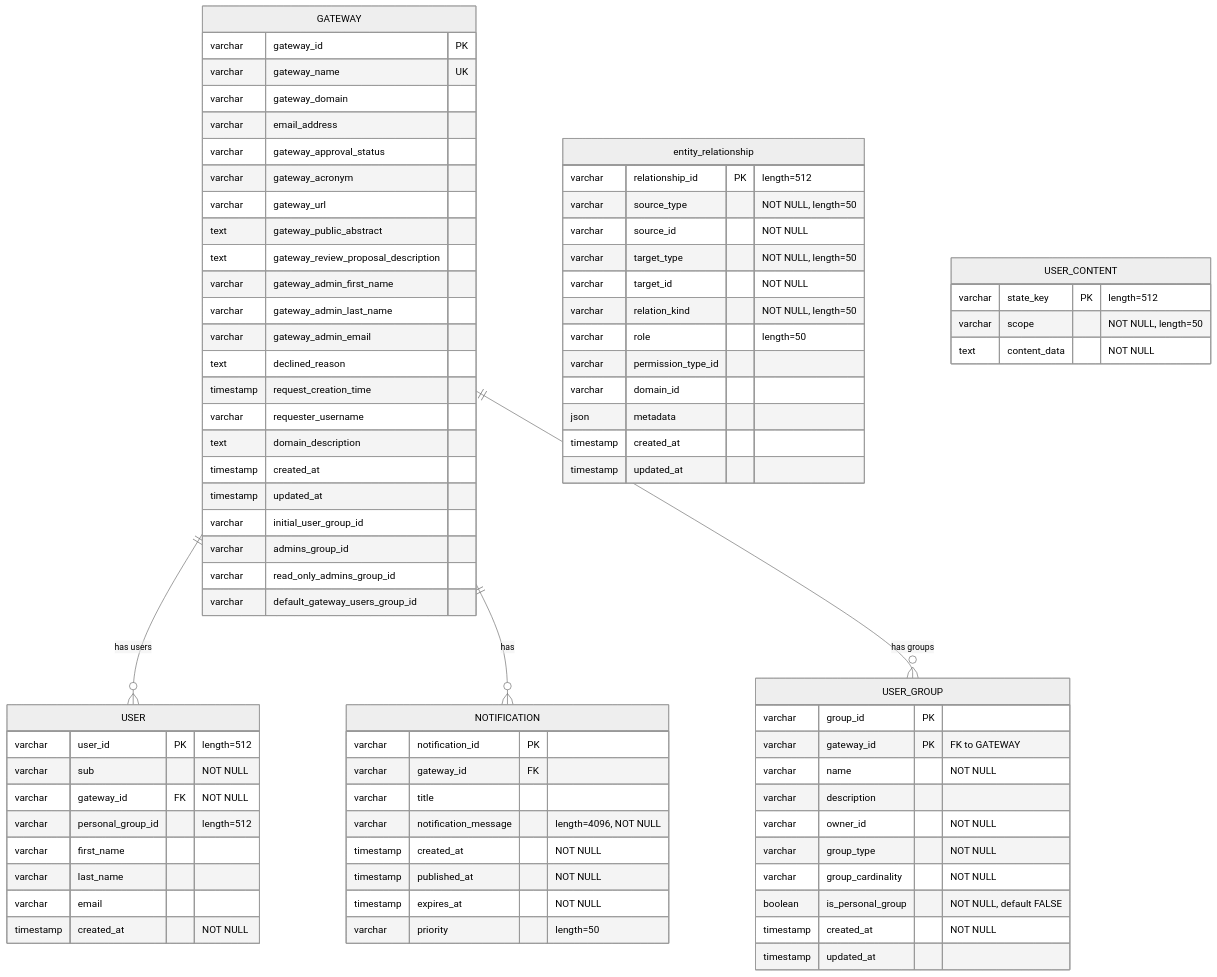
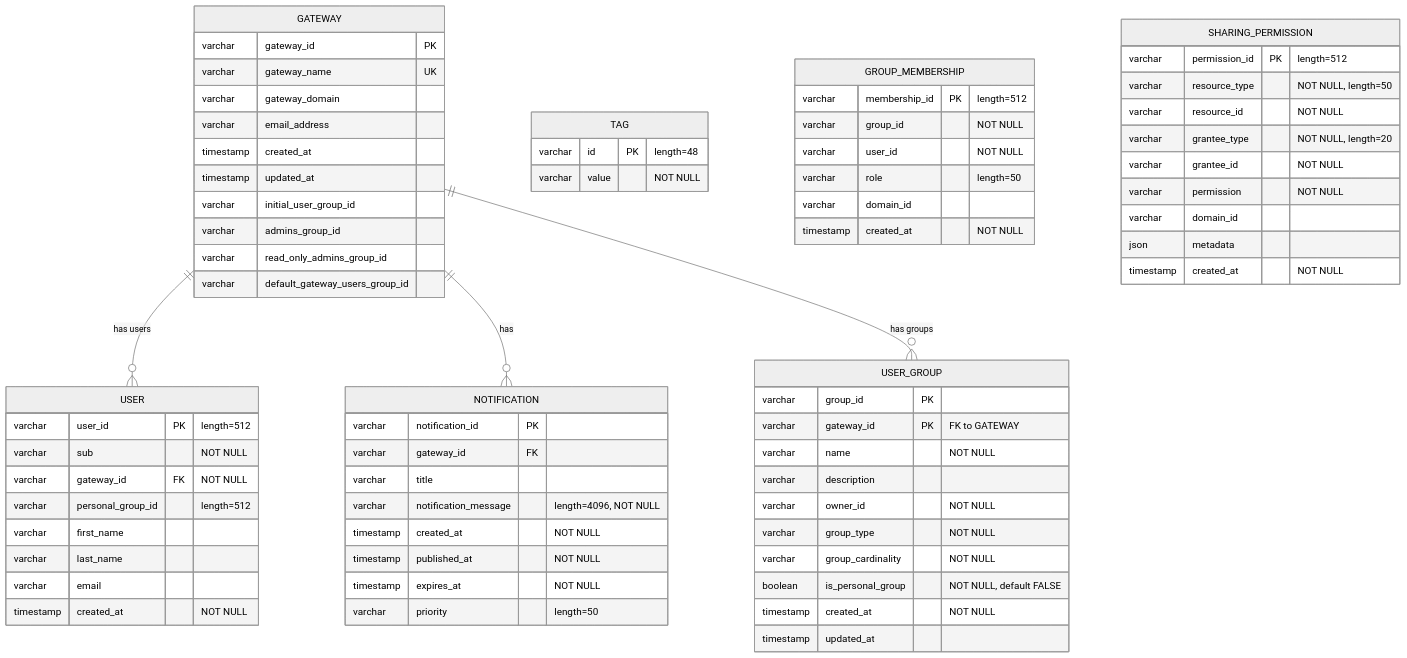
One commit to apache/airavata changed the first of 5 diagrams in docs/ERD.md. Above: the diagram before and after it, drawn with Mermaid (neutral theme). The commit also changed other lines of this file and 434 other files, not shown here.

```diff
--- a/docs/ERD.md
+++ b/docs/ERD.md
@@ -32,18 +37,6 @@
         varchar gateway_name UK
         varchar gateway_domain
         varchar email_address
-        varchar gateway_approval_status
-        varchar gateway_acronym
-        varchar gateway_url
-        text gateway_public_abstract
-        text gateway_review_proposal_description
-        varchar gateway_admin_first_name
-        varchar gateway_admin_last_name
-        varchar gateway_admin_email
-        text declined_reason
-        timestamp request_creation_time
-        varchar requester_username
-        text domain_description
         timestamp created_at
         timestamp updated_at
         varchar initial_user_group_id
@@ -71,6 +64,10 @@
         timestamp expires_at "NOT NULL"
         varchar priority "length=50"
     }
+    TAG {
+        varchar id PK "length=48"
+        varchar value "NOT NULL"
+    }
     USER_GROUP {
         varchar group_id PK
         varchar gateway_id PK "FK to GATEWAY"
@@ -83,24 +80,24 @@
         timestamp created_at "NOT NULL"
         timestamp updated_at
     }
-    entity_relationship {
-        varchar relationship_id PK "length=512"
-        varchar source_type "NOT NULL, length=50"
-        varchar source_id "NOT NULL"
-        varchar target_type "NOT NULL, length=50"
-        varchar target_id "NOT NULL"
-        varchar relation_kind "NOT NULL, length=50"
+    GROUP_MEMBERSHIP {
+        varchar membership_id PK "length=512"
+        varchar group_id "NOT NULL"
+        varchar user_id "NOT NULL"
         varchar role "length=50"
-        varchar permission_type_id
+        varchar domain_id
+        timestamp created_at "NOT NULL"
+    }
+    SHARING_PERMISSION {
+        varchar permission_id PK "length=512"
+        varchar resource_type "NOT NULL, length=50"
+        varchar resource_id "NOT NULL"
+        varchar grantee_type "NOT NULL, length=20"
+        varchar grantee_id "NOT NULL"
+        varchar permission "NOT NULL"
         varchar domain_id
         json metadata
-        timestamp created_at
-        timestamp updated_at
-    }
-    USER_CONTENT {
-        varchar state_key PK "length=512"
-        varchar scope "NOT NULL, length=50"
-        text content_data "NOT NULL"
+        timestamp created_at "NOT NULL"
     }
 
     GATEWAY ||--o{ USER : "has users"
```
